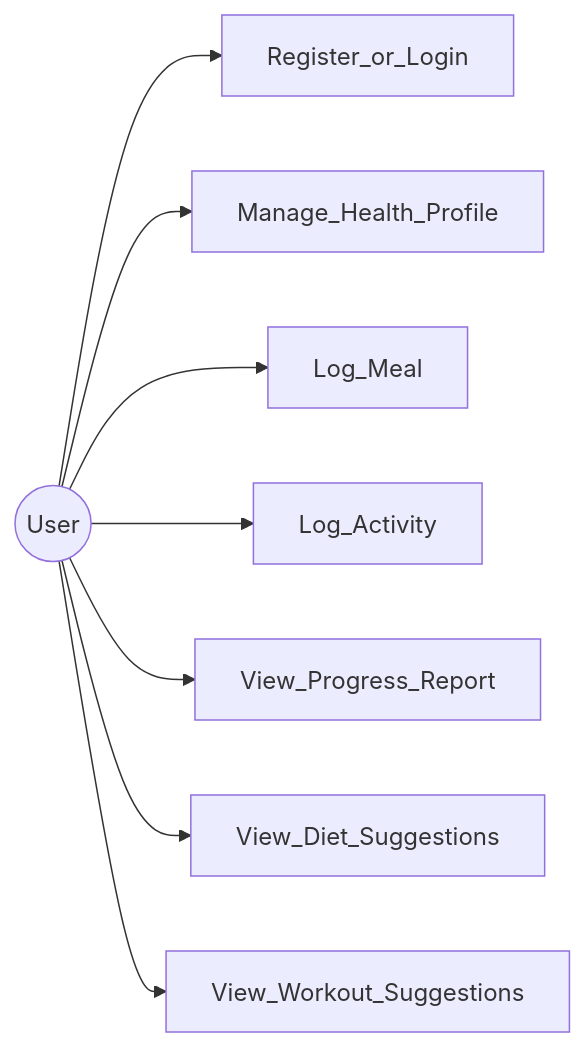
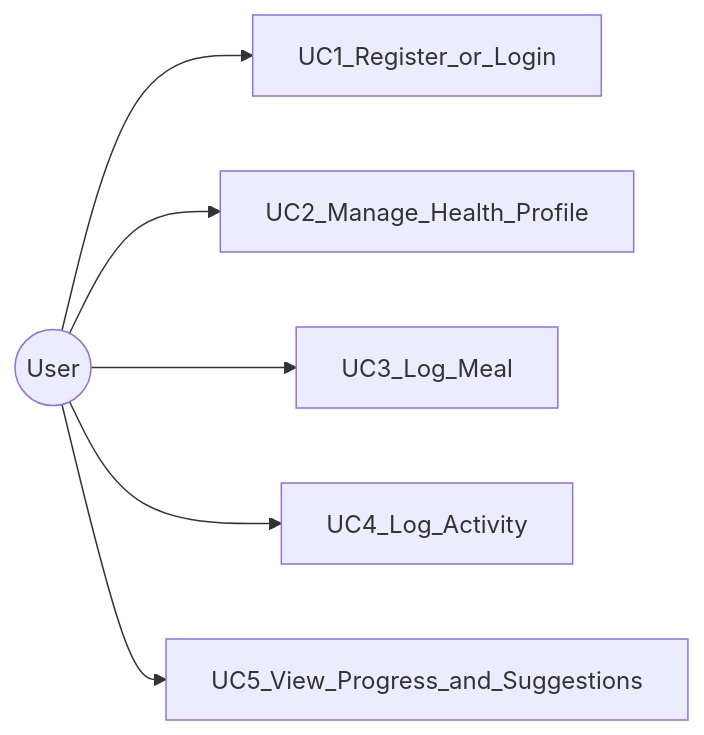
One commit to RtinFp/relapsa changed the diagram in docs/architecture/use-cases.md. Above: the diagram before and after it, drawn with Mermaid. The commit also changed other lines of this file and 10 other files, not shown here.

````diff
--- a/docs/architecture/use-cases.md
+++ b/docs/architecture/use-cases.md
@@ -5,12 +5,9 @@
 ```mermaid
 flowchart LR
   user((User))
-
-  user --> UC1[Register_or_Login]
-  user --> UC2[Manage_Health_Profile]
-  user --> UC3[Log_Meal]
-  user --> UC4[Log_Activity]
-  user --> UC5[View_Progress_Report]
-  user --> UC6[View_Diet_Suggestions]
-  user --> UC7[View_Workout_Suggestions]
+  user --> UC1[UC1_Register_or_Login]
+  user --> UC2[UC2_Manage_Health_Profile]
+  user --> UC3[UC3_Log_Meal]
+  user --> UC4[UC4_Log_Activity]
+  user --> UC5[UC5_View_Progress_and_Suggestions]
 ```
````
